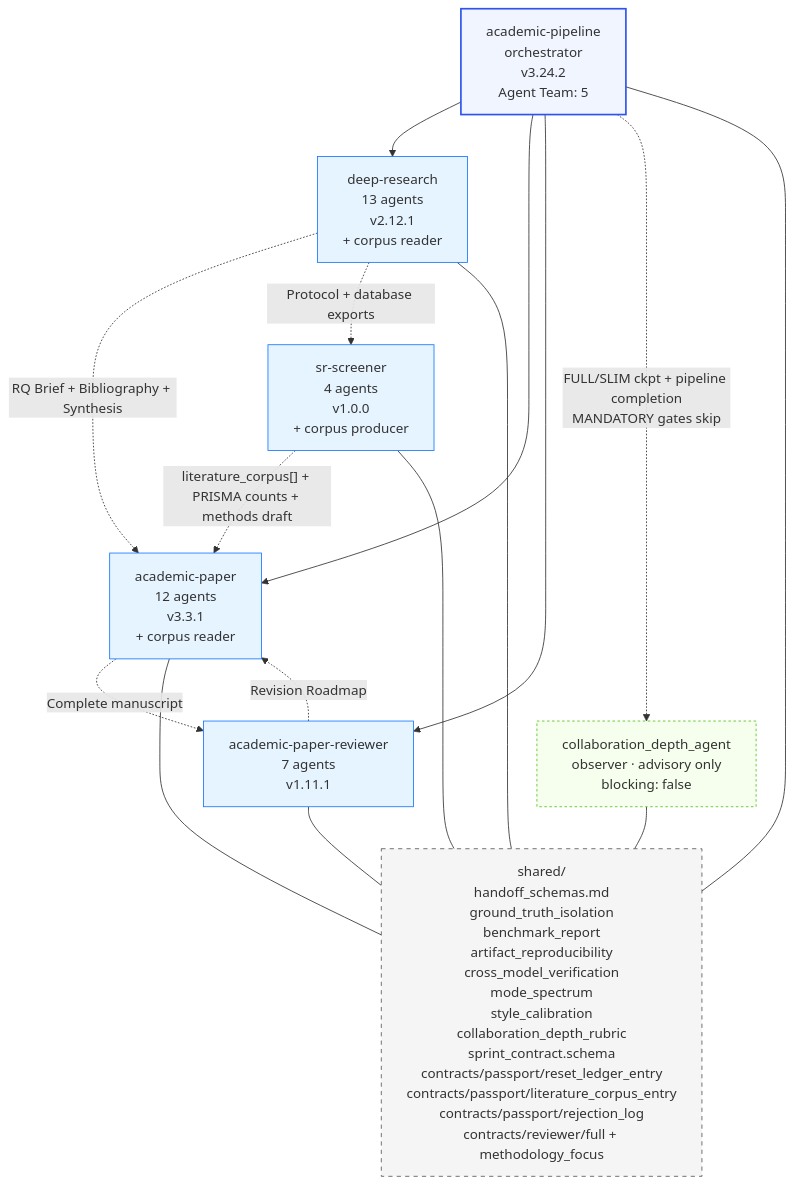
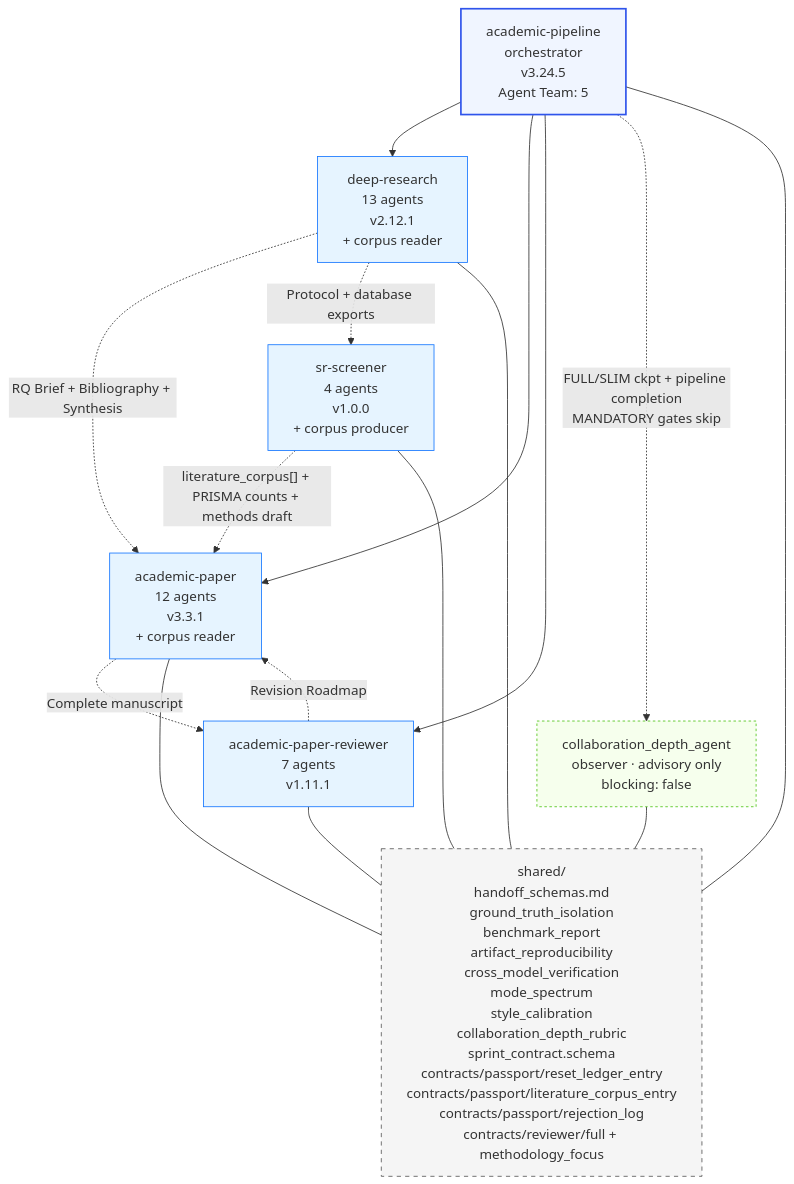
Before and after one commit to ToddModica/upstream-skills: the fourth of 5 diagrams in plugins/research-toolkit/skills/academic-research-suite/ars/docs/ARCHITECTURE.md, drawn with Mermaid. The commit also changed other lines of this file and 201 other files, not shown here.

````diff
--- a/plugins/research-toolkit/skills/academic-research-suite/ars/docs/ARCHITECTURE.md
+++ b/plugins/research-toolkit/skills/academic-research-suite/ars/docs/ARCHITECTURE.md
@@ -220,35 +220,35 @@
 ```mermaid
 graph TD
-    Pipeline[academic-pipeline<br/>orchestrator<br/>v3.24.2<br/>Agent Team: 5]
+    Pipeline[academic-pipeline<br/>orchestrator<br/>v3.24.5<br/>Agent Team: 5]
     Observer[collaboration_depth_agent<br/>observer · advisory only<br/>blocking: false]
     DR[deep-research<br/>13 agents<br/>v2.12.1<br/>+ corpus reader]
     AP[academic-paper<br/>12 agents<br/>v3.3.1<br/>+ corpus reader]
     APR[academic-paper-reviewer<br/>7 agents<br/>v1.11.1]
     SRS[sr-screener<br/>4 agents<br/>v1.0.0<br/>+ corpus producer]
     Shared[shared/<br/>handoff_schemas.md<br/>ground_truth_isolation<br/>benchmark_report<br/>artifact_reproducibility<br/>cross_model_verification<br/>mode_spectrum<br/>style_calibration<br/>collaboration_depth_rubric<br/>sprint_contract.schema<br/>contracts/passport/reset_ledger_entry<br/>contracts/passport/literature_corpus_entry<br/>contracts/passport/rejection_log<br/>contracts/reviewer/full + methodology_focus]
 
     Pipeline --> DR
     Pipeline --> AP
     Pipeline --> APR
     Pipeline -. "FULL/SLIM ckpt + pipeline completion<br/>MANDATORY gates skip" .-> Observer
     DR -. "RQ Brief + Bibliography + Synthesis" .-> AP
     AP -. "Complete manuscript" .-> APR
     APR -. "Revision Roadmap" .-> AP
     DR -. "Protocol + database exports" .-> SRS
     SRS -. "literature_corpus[] + PRISMA counts + methods draft" .-> AP
     DR --- Shared
     AP --- Shared
     APR --- Shared
     Pipeline --- Shared
     Observer --- Shared
     SRS --- Shared
 
     classDef orch fill:#f0f5ff,stroke:#2f54eb,stroke-width:2px
     classDef skill fill:#e6f4ff,stroke:#1677ff
     classDef shared fill:#f5f5f5,stroke:#595959,stroke-dasharray:5 5
     classDef observer fill:#f6ffed,stroke:#52c41a,stroke-dasharray:3 3
     class Pipeline orch
     class DR,AP,APR,SRS skill
     class Shared shared
     class Observer observer
 ```
````
